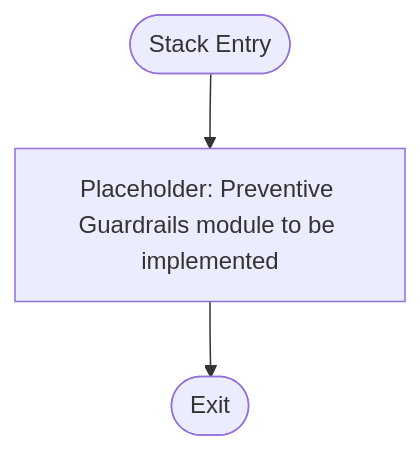
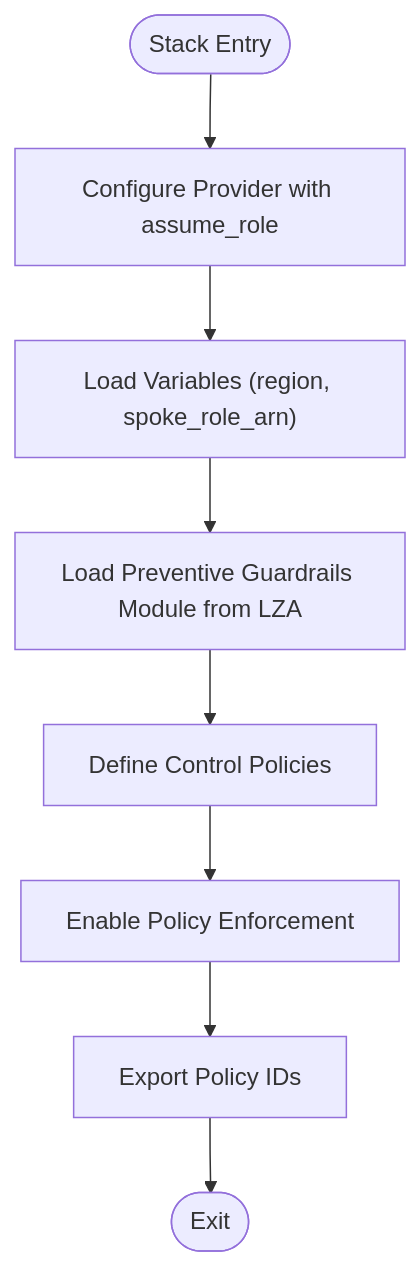
One commit to AlibabaCloudLandingZone/alibabacloud-landingzone-accelerator-github-demo changed the fifth of 12 diagrams in .qoder/repowiki/en/content/Stack Architecture/Stack Architecture.md. Above: the diagram before and after it, drawn with Mermaid. The commit also changed other lines of this file and 104 other files, not shown here.

````diff
--- a/.qoder/repowiki/en/content/Stack Architecture/Stack Architecture.md
+++ b/.qoder/repowiki/en/content/Stack Architecture/Stack Architecture.md
@@ -197,5 +251,10 @@
 ```mermaid
 flowchart TD
-Start(["Stack Entry"]) --> Placeholder["Placeholder: Preventive Guardrails module to be implemented"]
-Placeholder --> End(["Exit"])
+Start(["Stack Entry"]) --> Provider["Configure Provider with assume_role"]
+Provider --> Variables["Load Variables (region, spoke_role_arn)"]
+Variables --> Module["Load Preventive Guardrails Module from LZA"]
+Module --> Policies["Define Control Policies"]
+Policies --> Enforcement["Enable Policy Enforcement"]
+Enforcement --> Outputs["Export Policy IDs"]
+Outputs --> End(["Exit"])
 ```
````
